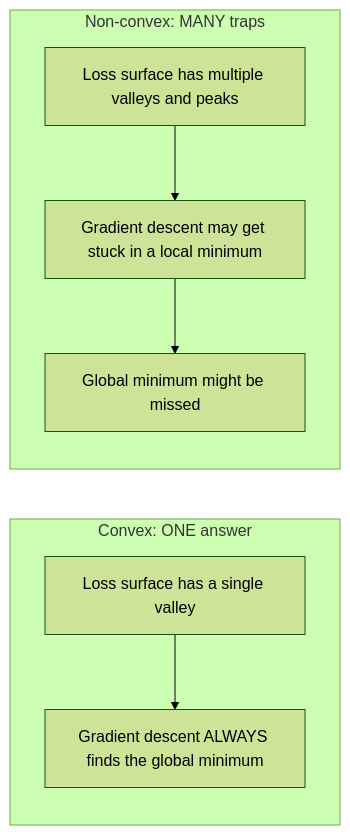
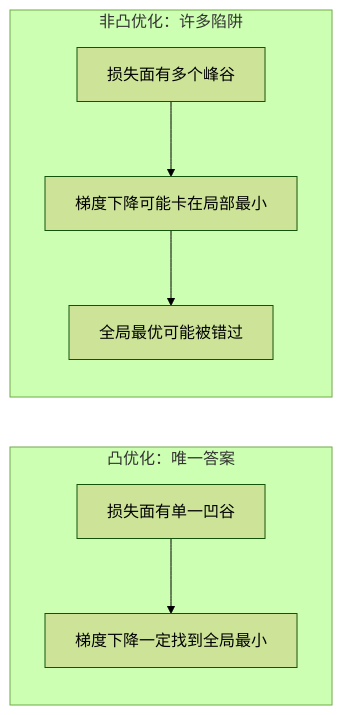
One commit to omigaZen/ai-engineering-from-scratch changed the first of 4 diagrams in phases/01-math-foundations/18-convex-optimization/docs/zh.md. Above: the diagram before and after it, drawn with Mermaid (forest theme). The commit also changed other lines of this file, not shown here.

Commit message:
feat(phase-01/18): rewrite convex optimization zh

````diff
--- a/phases/01-math-foundations/18-convex-optimization/docs/zh.md
+++ b/phases/01-math-foundations/18-convex-optimization/docs/zh.md
@@ -101,12 +97,12 @@
 ```mermaid
 graph LR
-    subgraph "Convex: ONE answer"
+    subgraph "凸优化：唯一答案"
         direction TB
-        C1["Loss surface has a single valley"] --> C2["Gradient descent ALWAYS finds the global minimum"]
+        C1["损失面有单一凹谷"] --> C2["梯度下降一定找到全局最小"]
     end
-    subgraph "Non-convex: MANY traps"
+    subgraph "非凸优化：许多陷阱"
         direction TB
-        N1["Loss surface has multiple valleys and peaks"] --> N2["Gradient descent may get stuck in a local minimum"]
-        N2 --> N3["Global minimum might be missed"]
+        N1["损失面有多个峰谷"] --> N2["梯度下降可能卡在局部最小"]
+        N2 --> N3["全局最优可能被错过"]
     end
 ```
````
